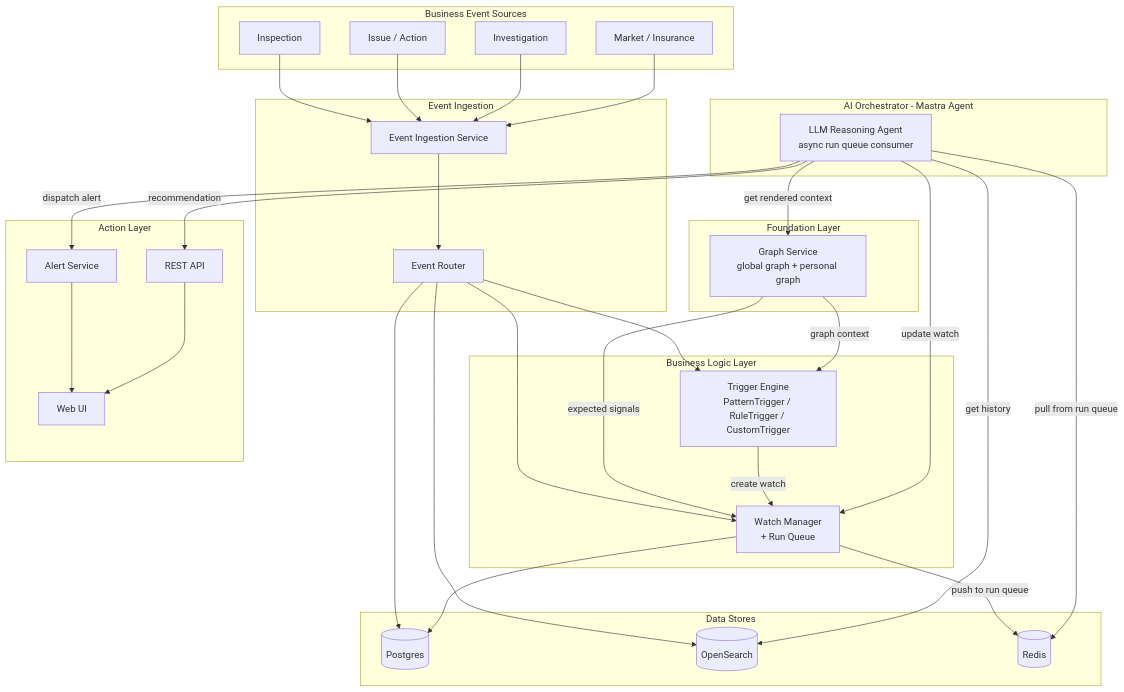
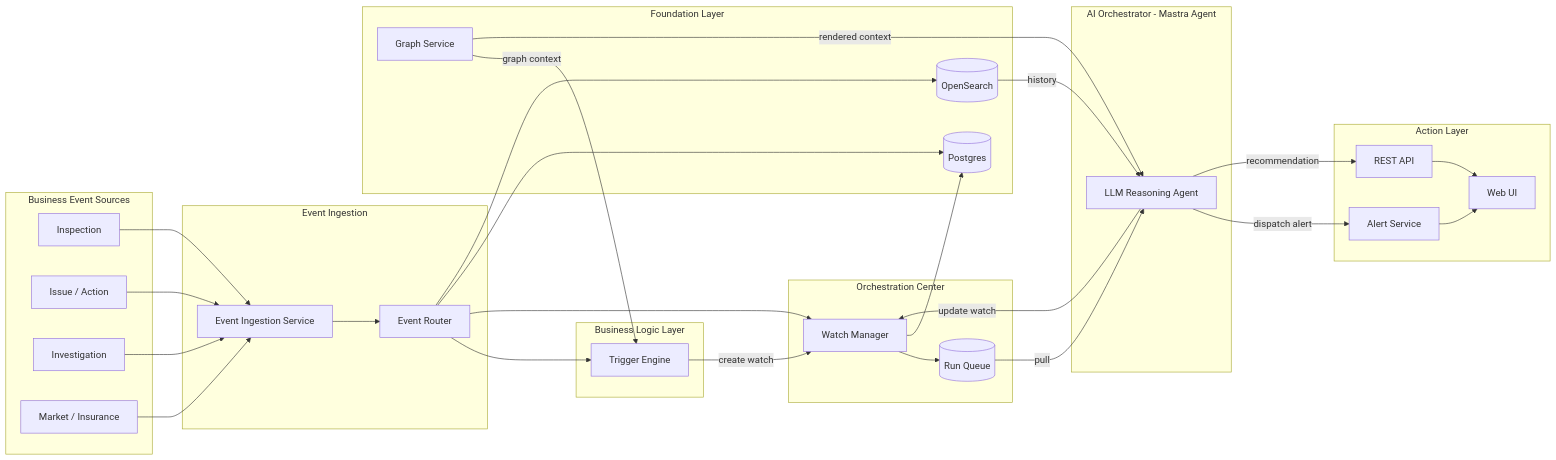
One commit to maxshuang/Bpollo changed the diagram in docs/components.md. Above: the diagram before and after it, drawn with Mermaid. The commit also changed other lines of this file, not shown here.

Commit message:
Restructure arch diagram: AI at center, Watch Manager as orchestration center, foundation at bottom

````diff
--- a/docs/components.md
+++ b/docs/components.md
@@ -9,68 +9,66 @@
 ```mermaid
-flowchart TD
+flowchart LR
     subgraph Sources[Business Event Sources]
         S1[Inspection]
         S2[Issue / Action]
         S3[Investigation]
         S4[Market / Insurance]
     end
 
     subgraph Ingestion[Event Ingestion]
         EI[Event Ingestion Service]
         ER[Event Router]
     end
 
-    subgraph Foundation[Foundation Layer]
-        GS[Graph Service\nglobal graph + personal graph]
-    end
-
-    subgraph Logic[Business Logic Layer]
-        TE[Trigger Engine\nPatternTrigger / RuleTrigger / CustomTrigger]
-        WM[Watch Manager\n+ Run Queue]
+    subgraph Trigger[Business Logic Layer]
+        TE[Trigger Engine]
     end
 
     subgraph AI[AI Orchestrator - Mastra Agent]
-        AG[LLM Reasoning Agent\nasync run queue consumer]
+        AG[LLM Reasoning Agent]
     end
 
-    subgraph Stores[Data Stores]
-        PG[(Postgres)]
-        OS[(OpenSearch)]
-        RD[(Redis)]
+    subgraph Orchestration[Orchestration Center]
+        WM[Watch Manager]
+        RD[(Run Queue)]
     end
 
     subgraph Output[Action Layer]
         AL[Alert Service]
         API[REST API]
         WEB[Web UI]
     end
 
+    subgraph Foundation[Foundation Layer]
+        GS[Graph Service]
+        OS[(OpenSearch)]
+        PG[(Postgres)]
+    end
+
     S1 --> EI
     S2 --> EI
     S3 --> EI
     S4 --> EI
+    EI --> ER
 
-    EI --> ER
     ER --> TE
     ER --> WM
     ER --> PG
     ER --> OS
 
     GS -->|graph context| TE
-    GS -->|expected signals| WM
+    TE -->|create watch| WM
+    WM --> RD
 
-    TE -->|create watch| WM
-    WM -->|push to run queue| RD
+    RD -->|pull| AG
+    GS -->|rendered context| AG
+    OS -->|history| AG
 
-    AG -->|pull from run queue| RD
-    AG -->|get rendered context| GS
-    AG -->|get history| OS
     AG -->|update watch| WM
     AG -->|dispatch alert| AL
     AG -->|recommendation| API
 
     WM --> PG
-
     AL --> WEB
     API --> WEB
 ```
````
